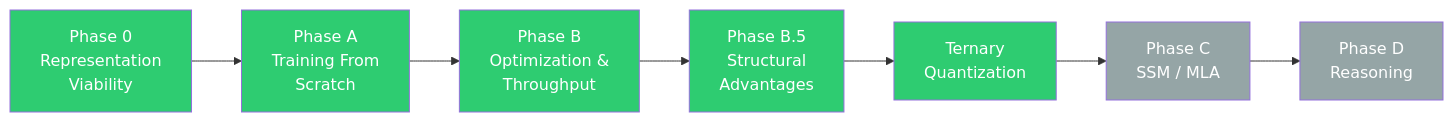
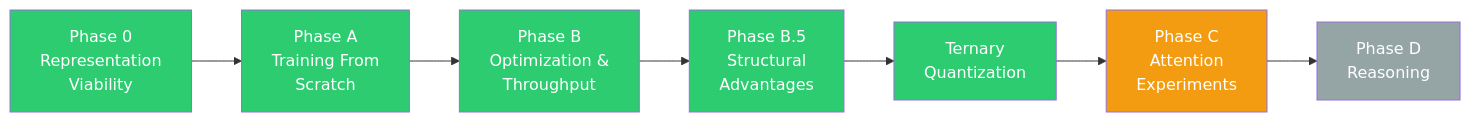
Before and after one commit to Babyhamsta/PILON: the fourth of 4 diagrams in README.md, drawn with Mermaid. The commit also changed other lines of this file and 2 other files, not shown here.

````diff
--- a/README.md
+++ b/README.md
@@ -327,20 +336,20 @@
 ```mermaid
 flowchart LR
     P0["Phase 0<br>Representation<br>Viability"]
     PA["Phase A<br>Training From<br>Scratch"]
     PB["Phase B<br>Optimization &<br>Throughput"]
     PB5["Phase B.5<br>Structural<br>Advantages"]
     TQ["Ternary<br>Quantization"]
-    PC["Phase C<br>SSM / MLA"]
+    PC["Phase C<br>Attention<br>Experiments"]
     PD["Phase D<br>Reasoning"]
 
     P0 --> PA --> PB --> PB5 --> TQ --> PC --> PD
 
     style P0 fill:#2ecc71,color:#fff
     style PA fill:#2ecc71,color:#fff
     style PB fill:#2ecc71,color:#fff
     style PB5 fill:#2ecc71,color:#fff
     style TQ fill:#2ecc71,color:#fff
-    style PC fill:#95a5a6,color:#fff
+    style PC fill:#f39c12,color:#fff
     style PD fill:#95a5a6,color:#fff
 ```
````
